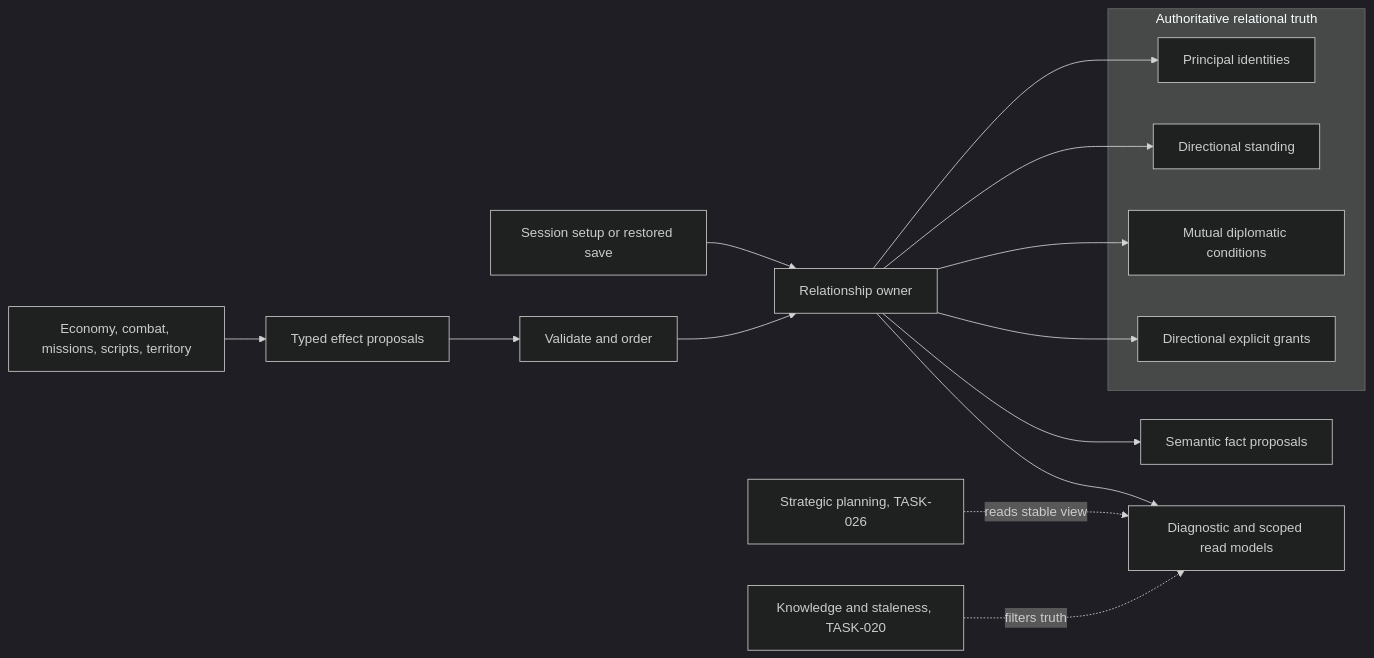
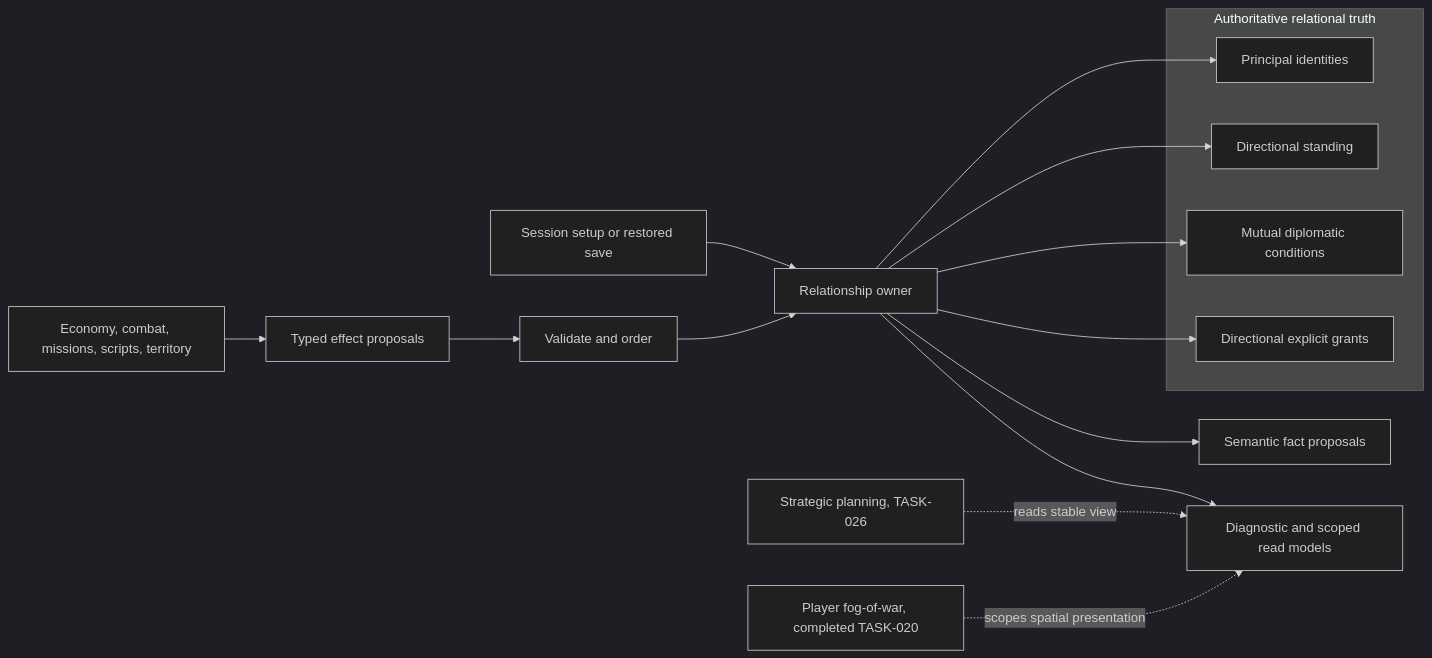
The first of 2 diagrams in docs/relational-simulation-architecture.md (Elec0/galaxy-simulator), drawn with Mermaid (dark theme) before and after one commit. The commit also changed other lines of this file and 14 other files, not shown here.

Commit message:
Define fog-of-war and scouting boundaries

````diff
--- a/docs/relational-simulation-architecture.md
+++ b/docs/relational-simulation-architecture.md
@@ -111,25 +111,25 @@
 ```mermaid
 flowchart LR
     setup["Session setup or restored save"] --> owner["Relationship owner"]
 
     subgraph truth["Authoritative relational truth"]
         principals["Principal identities"]
         standing["Directional standing"]
         diplomacy["Mutual diplomatic conditions"]
         grants["Directional explicit grants"]
     end
 
     owner --> principals
     owner --> standing
     owner --> diplomacy
     owner --> grants
 
     domains["Economy, combat, missions, scripts, territory"] --> proposals["Typed effect proposals"]
     proposals --> prepare["Validate and order"]
     prepare --> owner
     owner --> facts["Semantic fact proposals"]
     owner --> snapshots["Diagnostic and scoped read models"]
 
     planner["Strategic planning, TASK-026"] -. reads stable view .-> snapshots
-    knowledge["Knowledge and staleness, TASK-020"] -. filters truth .-> snapshots
+    fog["Player fog-of-war, completed TASK-020"] -. scopes spatial presentation .-> snapshots
 ```
````
